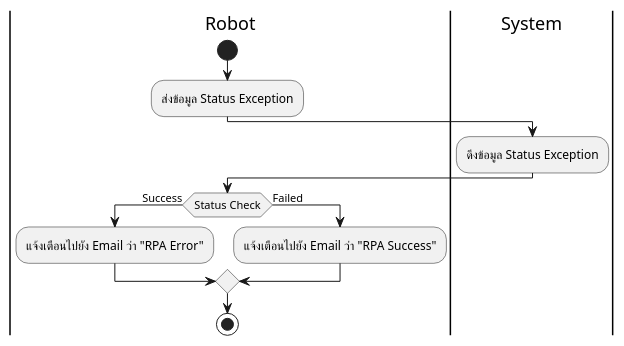
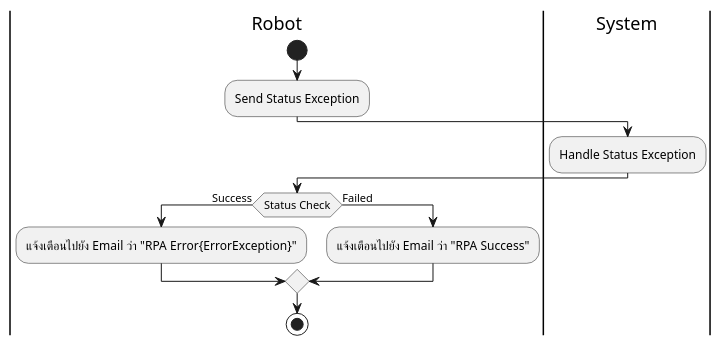
Before and after one commit to Meenkonlapat/RPA-Project: the diagram in Robot Activity (Project Assign System Management)/u6-Email notification.wsd, drawn with PlantUML. The commit also changed 19 other files, not shown here.

```diff
--- a/Robot Activity (Project Assign System Management)/u6-Email notification.wsd
+++ b/Robot Activity (Project Assign System Management)/u6-Email notification.wsd
@@ -1,14 +1,14 @@
 @startuml
 |Robot|
 start
-:ส่งข้อมูล Status Exception;
+:Send Status Exception;
 |System|
-:ดึงข้อมูล Status Exception;
+:Handle Status Exception;
 |Robot|
 if(Status Check) then (Success)
-:แจ้งเตือนไปยัง Email ว่า "RPA Error";
+:แจ้งเตือนไปยัง Email ว่า "RPA Error{ErrorException}";
 else(Failed)
 :แจ้งเตือนไปยัง Email ว่า "RPA Success";
 endif
 stop
 @enduml
```
